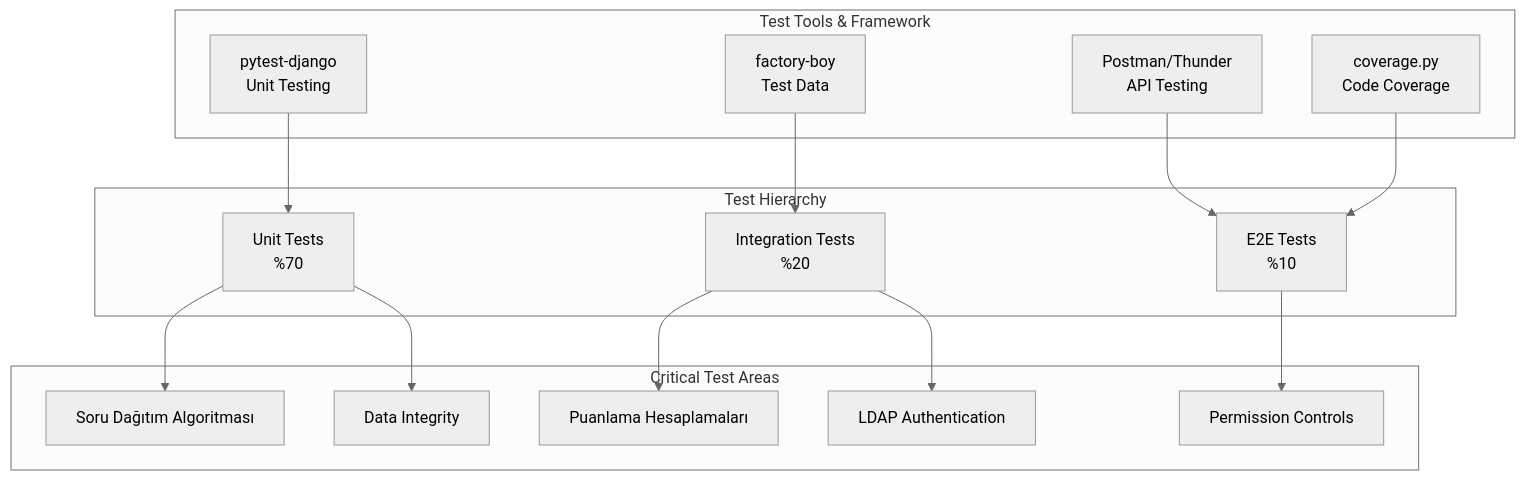
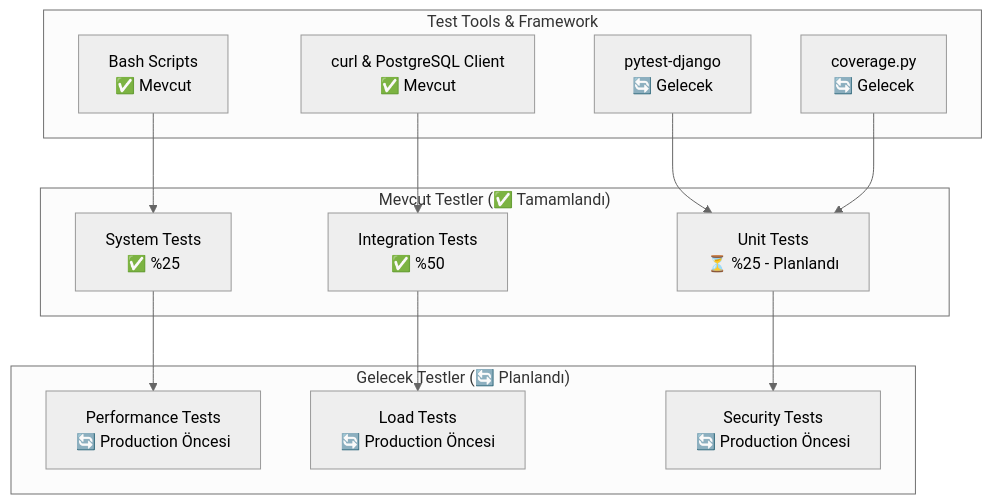
Before and after one commit to erdincyasar/vivavoice: diagram 11 of 16 in README.md, drawn with Mermaid (neutral theme). The commit also changed other lines of this file, not shown here.

````diff
--- a/README.md
+++ b/README.md
@@ -860,34 +935,30 @@
 ```mermaid
 flowchart TD
-    subgraph "Test Hierarchy"
-        A[E2E Tests<br/>%10]
-        B[Integration Tests<br/>%20]  
-        C[Unit Tests<br/>%70]
+    subgraph "Mevcut Testler (✅ Tamamlandı)"
+        A[System Tests<br/>✅ %25]
+        B[Integration Tests<br/>✅ %50]
+        C[Unit Tests<br/>⏳ %25 - Planlandı]
     end
-    
-    subgraph "Critical Test Areas"
-        D[Soru Dağıtım Algoritması]
-        E[Puanlama Hesaplamaları]
-        F[LDAP Authentication]
-        G[Permission Controls]
-        H[Data Integrity]
+
+    subgraph "Gelecek Testler (🔄 Planlandı)"
+        D[Performance Tests<br/>🔄 Production Öncesi]
+        E[Load Tests<br/>🔄 Production Öncesi]
+        F[Security Tests<br/>🔄 Production Öncesi]
     end
-    
+
     subgraph "Test Tools & Framework"
-        I[pytest-django<br/>Unit Testing]
-        J[factory-boy<br/>Test Data]
-        K[Postman/Thunder<br/>API Testing]
-        L[coverage.py<br/>Code Coverage]
+        G[Bash Scripts<br/>✅ Mevcut]
+        H[curl & PostgreSQL Client<br/>✅ Mevcut]
+        I[pytest-django<br/>🔄 Gelecek]
+        J[coverage.py<br/>🔄 Gelecek]
     end
-    
-    C --> D
+
+    A --> D
     B --> E
-    B --> F
-    A --> G
-    C --> H
-    
+    C --> F
+
+    G --> A
+    H --> B
     I --> C
-    J --> B
-    K --> A
-    L --> A
+    J --> C
 ```
````
